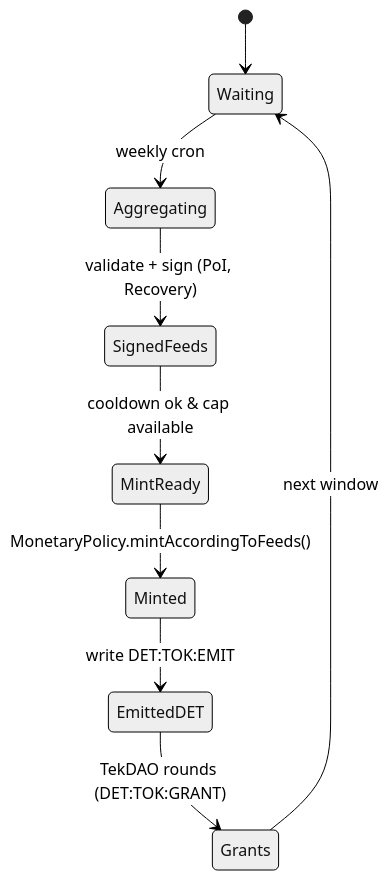
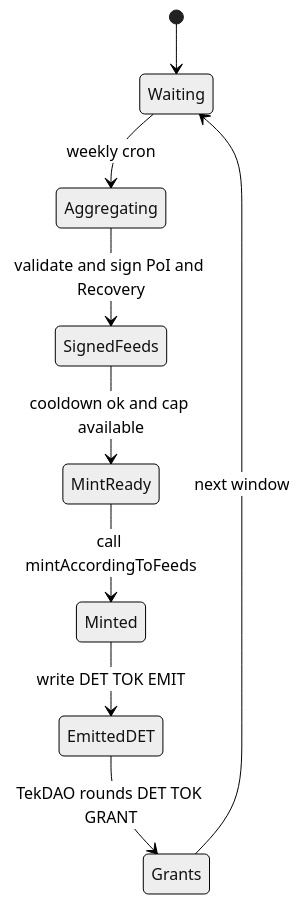
The diagram in UTCS-BLOCKCHAIN/TekTok/workflows/minting-flow.md (Robbbo-T/Robbbo-T-LEGACY), drawn with Mermaid (neutral theme) before and after one commit.

Commit message:
Refactor minting flow diagram for clarity

````diff
--- a/UTCS-BLOCKCHAIN/TekTok/workflows/minting-flow.md
+++ b/UTCS-BLOCKCHAIN/TekTok/workflows/minting-flow.md
@@ -141,11 +141,11 @@
 ```mermaid
 stateDiagram-v2
     [*] --> Waiting
-    Waiting --> Aggregating : weekly cron
-    Aggregating --> SignedFeeds : validate + sign (PoI, Recovery)
-    SignedFeeds --> MintReady : cooldown ok & cap available
-    MintReady --> Minted : MonetaryPolicy.mintAccordingToFeeds()
-    Minted --> EmittedDET : write DET:TOK:EMIT
-    EmittedDET --> Grants : TekDAO rounds (DET:TOK:GRANT)
-    Grants --> Waiting : next window
+    Waiting --> Aggregating: weekly cron
+    Aggregating --> SignedFeeds: validate and sign PoI and Recovery
+    SignedFeeds --> MintReady: cooldown ok and cap available
+    MintReady --> Minted: call mintAccordingToFeeds
+    Minted --> EmittedDET: write DET TOK EMIT
+    EmittedDET --> Grants: TekDAO rounds DET TOK GRANT
+    Grants --> Waiting: next window
 ```
````
